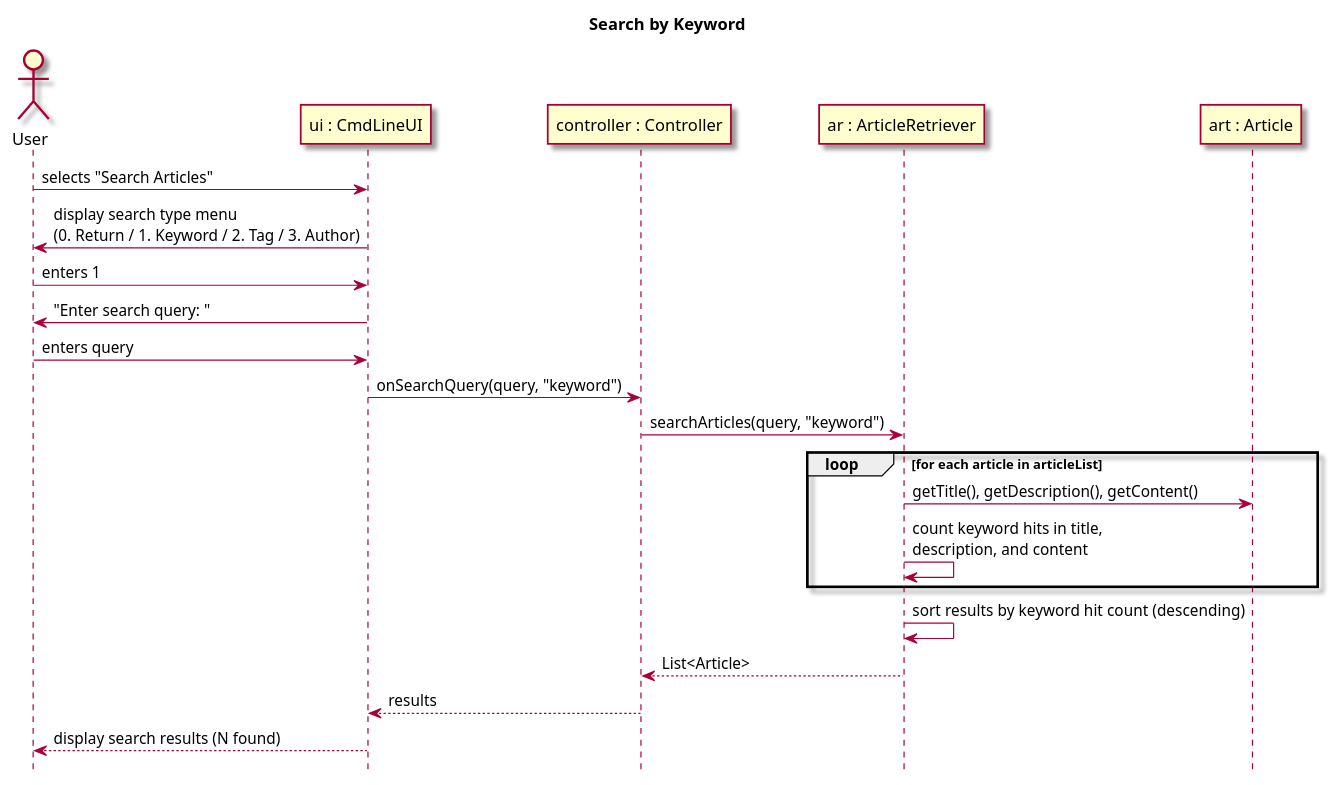
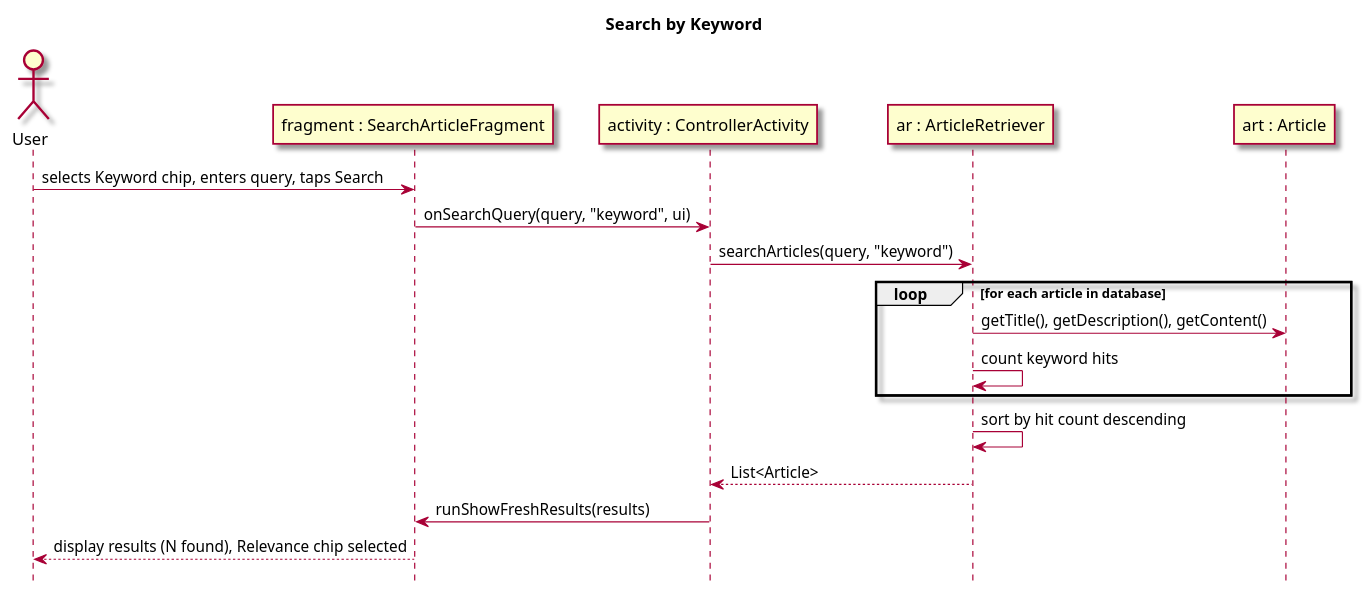
Before and after one commit to owhitleym-ui/EcoScoop: the second of 6 diagrams in intellij/doc/use-cases/search-article.md, drawn with PlantUML. The commit also changed other lines of this file and 12 other files, not shown here.

Commit message:
Updated documentation, class diagram, use cases, and readme

````diff
--- a/intellij/doc/use-cases/search-article.md
+++ b/intellij/doc/use-cases/search-article.md
@@ -74,32 +65,28 @@
 ```plantuml
 @startuml
 skin rose
 hide footbox
 title Search by Keyword
 
 actor User as user
-participant "ui : CmdLineUI" as UI
-participant "controller : Controller" as controller
+participant "fragment : SearchArticleFragment" as UI
+participant "activity : ControllerActivity" as controller
 participant "ar : ArticleRetriever" as AR
 participant "art : Article" as article
 
-user -> UI : selects "Search Articles"
-UI -> user : display search type menu\n(0. Return / 1. Keyword / 2. Tag / 3. Author)
-user -> UI : enters 1
-UI -> user : "Enter search query: "
-user -> UI : enters query
-UI -> controller : onSearchQuery(query, "keyword")
+user -> UI : selects Keyword chip, enters query, taps Search
+UI -> controller : onSearchQuery(query, "keyword", ui)
 controller -> AR : searchArticles(query, "keyword")
 
-loop for each article in articleList
+loop for each article in database
   AR -> article : getTitle(), getDescription(), getContent()
-  AR -> AR : count keyword hits in title,\ndescription, and content
+  AR -> AR : count keyword hits
 end
 
-AR -> AR : sort results by keyword hit count (descending)
+AR -> AR : sort by hit count descending
 AR --> controller : List<Article>
-controller --> UI : results
-UI --> user : display search results (N found)
+controller -> UI : runShowFreshResults(results)
+UI --> user : display results (N found), Relevance chip selected
 
 @enduml
 ```
````
